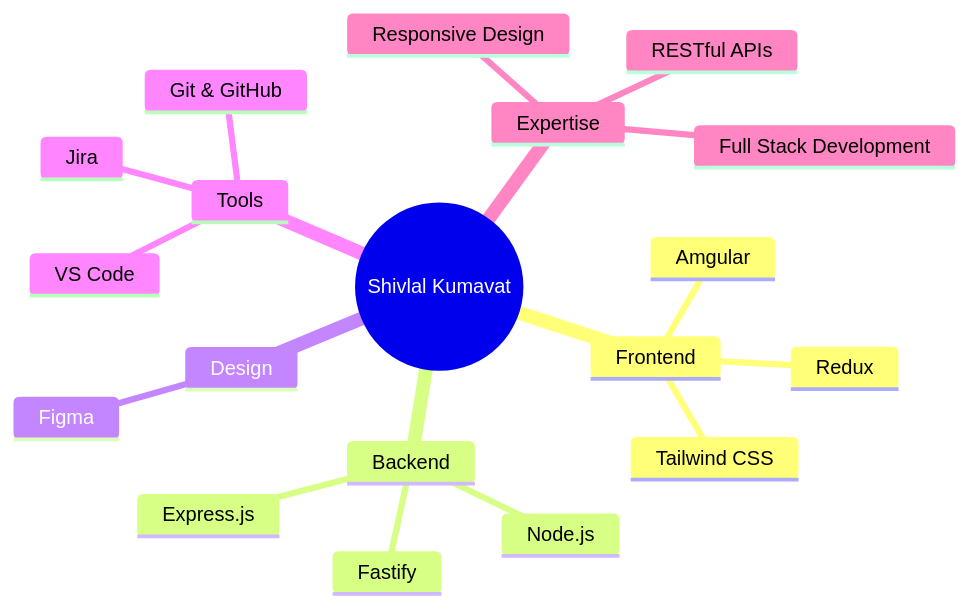
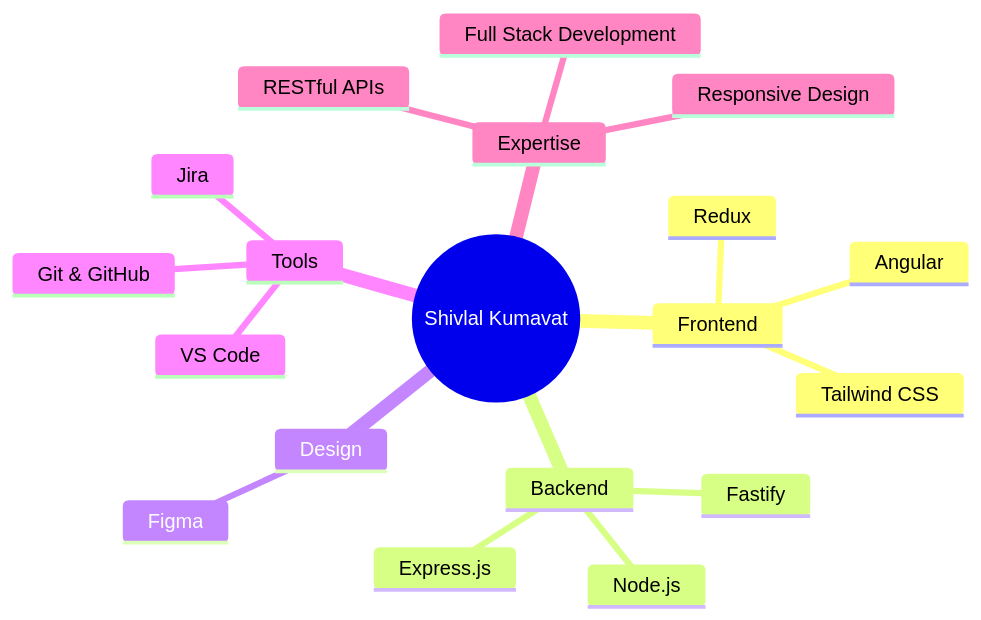
The diagram in README.md (slk5611/slk5611), drawn with Mermaid before and after one commit.

Commit message:
Fix typo in 'Amgular' to 'Angular'

````diff
--- a/README.md
+++ b/README.md
@@ -105,22 +105,22 @@
 ```mermaid
 mindmap
   root((Shivlal Kumavat))
     Frontend
-      Amgular
+      Angular
       Redux
       Tailwind CSS
     Backend
       Node.js
       Express.js
       Fastify
     Design
       Figma
     Tools
       Git & GitHub
       VS Code
       Jira
     Expertise
       Full Stack Development
       RESTful APIs
       Responsive Design
 ```
````
